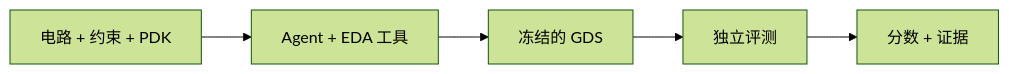
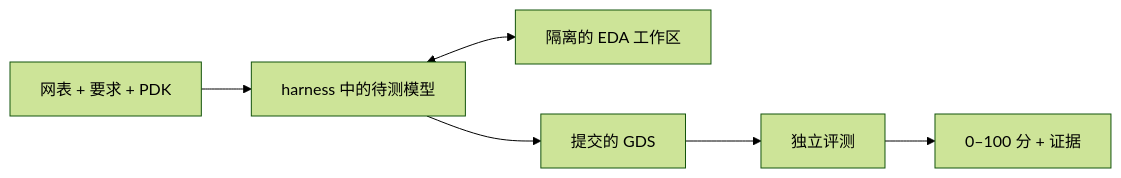
Before and after one commit to lizhangmai/ICLayout-Bench: the diagram in README_CN.md, drawn with Mermaid (forest theme). The commit also changed other lines of this file and 5 other files, not shown here.

````diff
--- a/README_CN.md
+++ b/README_CN.md
@@ -97,7 +28,8 @@
 ```mermaid
 flowchart LR
-    Task["电路 + 约束 + PDK"] --> Agent["Agent + EDA 工具"]
-    Agent --> GDS["冻结的 GDS"]
+    Task["网表 + 要求 + PDK"] --> Agent["harness 中的待测模型"]
+    Agent <--> EDA["隔离的 EDA 工作区"]
+    Agent --> GDS["提交的 GDS"]
     GDS --> Judge["独立评测"]
-    Judge --> Result["分数 + 证据"]
+    Judge --> Result["0–100 分 + 证据"]
 ```
````
